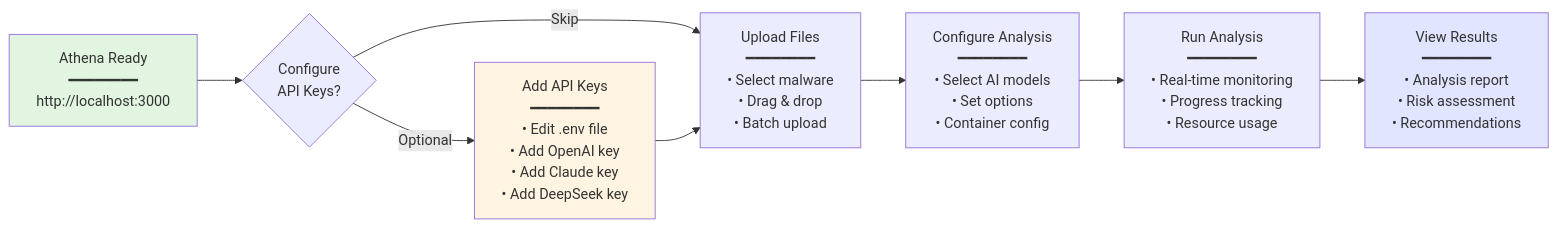
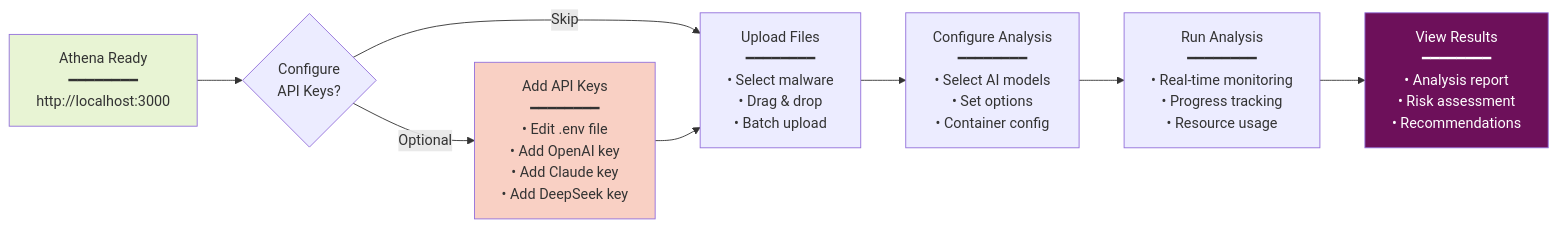
One commit to radicalkjax/Athena changed the third of 4 diagrams in docs/QUICKSTART.md. Above: the diagram before and after it, drawn with Mermaid. The commit also changed other lines of this file and 4 other files, not shown here.

Commit message:
updates to mermaid styling

````diff
--- a/docs/QUICKSTART.md
+++ b/docs/QUICKSTART.md
@@ -197,20 +197,20 @@
 ```mermaid
 flowchart LR
     Ready[Athena Ready<br/>━━━━━━━━<br/>http://localhost:3000] --> Config{Configure<br/>API Keys?}
     
     Config -->|Optional| Keys[Add API Keys<br/>━━━━━━━━<br/>• Edit .env file<br/>• Add OpenAI key<br/>• Add Claude key<br/>• Add DeepSeek key]
     
     Config -->|Skip| Upload[Upload Files<br/>━━━━━━━━<br/>• Select malware<br/>• Drag & drop<br/>• Batch upload]
     
     Keys --> Upload
     
     Upload --> Analysis[Configure Analysis<br/>━━━━━━━━<br/>• Select AI models<br/>• Set options<br/>• Container config]
     
     Analysis --> Run[Run Analysis<br/>━━━━━━━━<br/>• Real-time monitoring<br/>• Progress tracking<br/>• Resource usage]
     
     Run --> Results[View Results<br/>━━━━━━━━<br/>• Analysis report<br/>• Risk assessment<br/>• Recommendations]
     
-    style Ready fill:#e1f5e1
-    style Keys fill:#fff4e1
-    style Results fill:#e1e5ff
+    style Ready fill:#e8f4d4,color:#333
+    style Keys fill:#f9d0c4,color:#333
+    style Results fill:#6d105a,color:#fff
 ```
````
